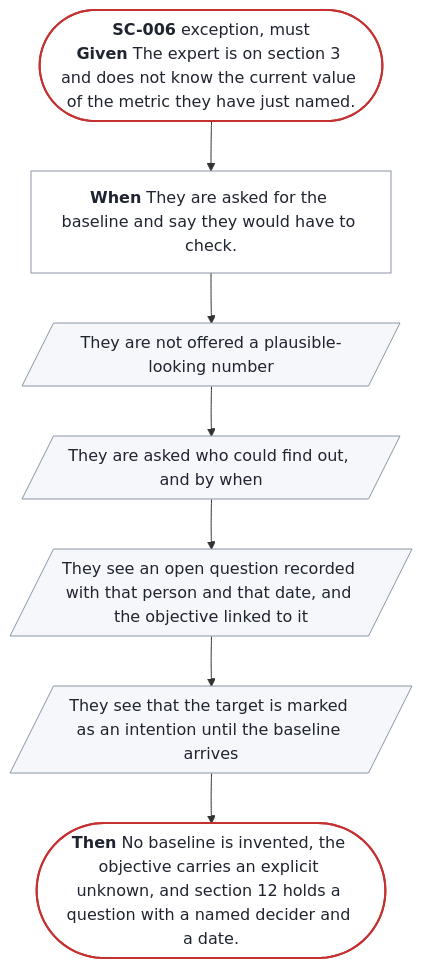
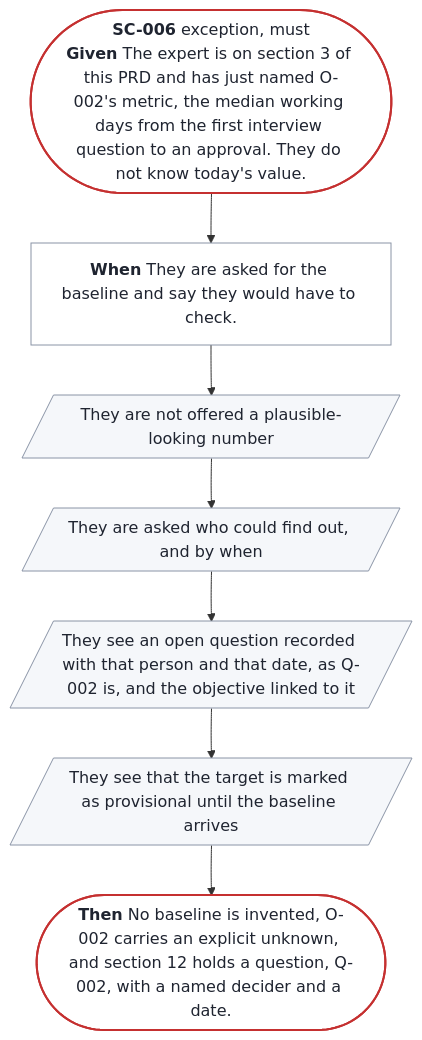
Before and after one commit to SpillwaveSolutions/prd-forge: the diagram in docs/prd/prd-forge/diagrams/SC-006.mmd, drawn with Mermaid. The commit also changed 59 other files, not shown here.

```diff
--- a/docs/prd/prd-forge/diagrams/SC-006.mmd
+++ b/docs/prd/prd-forge/diagrams/SC-006.mmd
@@ -1,20 +1,20 @@
 %% Generated by prd-diagrams.mjs from the scenario front matter. Do not edit.
 %%{init: {"flowchart": {"wrappingWidth": 300}}}%%
 flowchart TB
-  start(["<b>SC-006</b> exception, must<br/><b>Given</b> The expert is on section 3 and does not know the current value of the metric they have just named."])
+  start(["<b>SC-006</b> exception, must<br/><b>Given</b> The expert is on section 3 of this PRD and has just named O-002's metric, the median working days from the first interview question to an approval. They do not know today's value."])
   trigger["<b>When</b> They are asked for the baseline and say they would have to check."]
   s0[/"They are not offered a plausible-looking number"/]
   s1[/"They are asked who could find out, and by when"/]
-  s2[/"They see an open question recorded with that person and that date, and the objective linked to it"/]
-  s3[/"They see that the target is marked as an intention until the baseline arrives"/]
-  done(["<b>Then</b> No baseline is invented, the objective carries an explicit unknown, and section 12 holds a question with a named decider and a date."])
+  s2[/"They see an open question recorded with that person and that date, as Q-002 is, and the objective linked to it"/]
+  s3[/"They see that the target is marked as provisional until the baseline arrives"/]
+  done(["<b>Then</b> No baseline is invented, O-002 carries an explicit unknown, and section 12 holds a question, Q-002, with a named decider and a date."])
   start --> trigger --> s0 --> s1 --> s2 --> s3 --> done
   classDef ends fill:#FFFFFF,stroke:#C53030,stroke-width:2px,color:#1F2430
   classDef sees fill:#F5F7FA,stroke:#8A94A6,color:#1F2430
   classDef does fill:#FFFFFF,stroke:#8A94A6,color:#1F2430
   class start,done ends
   class s0 sees
   class s1 sees
   class s2 sees
   class s3 sees
   class trigger does
```
